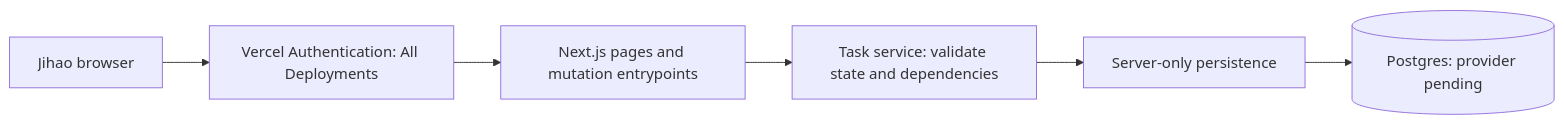
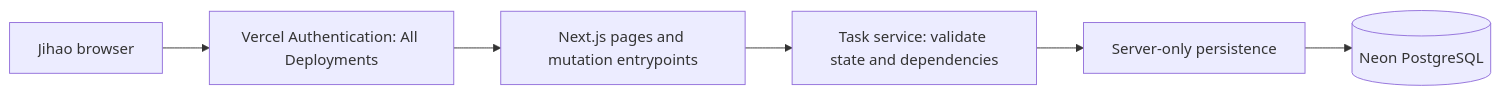
Before and after one commit to Jihaoyb/MyWork: the first of 3 diagrams in docs/ARCHITECTURE.md, drawn with Mermaid. The commit also changed other lines of this file and 9 other files, not shown here.

````diff
--- a/docs/ARCHITECTURE.md
+++ b/docs/ARCHITECTURE.md
@@ -13,8 +13,8 @@
 ```mermaid
 flowchart LR
     U[Jihao browser] --> G[Vercel Authentication: All Deployments]
     G --> A[Next.js pages and mutation entrypoints]
     A --> T[Task service: validate state and dependencies]
     T --> R[Server-only persistence]
-    R --> D[(Postgres: provider pending)]
+    R --> D[(Neon PostgreSQL)]
 ```
````
